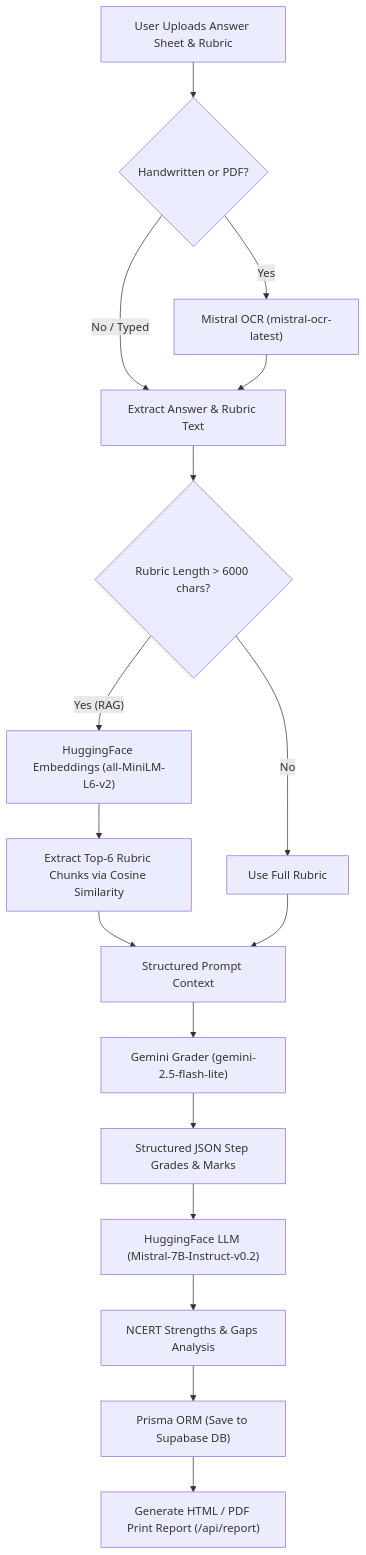
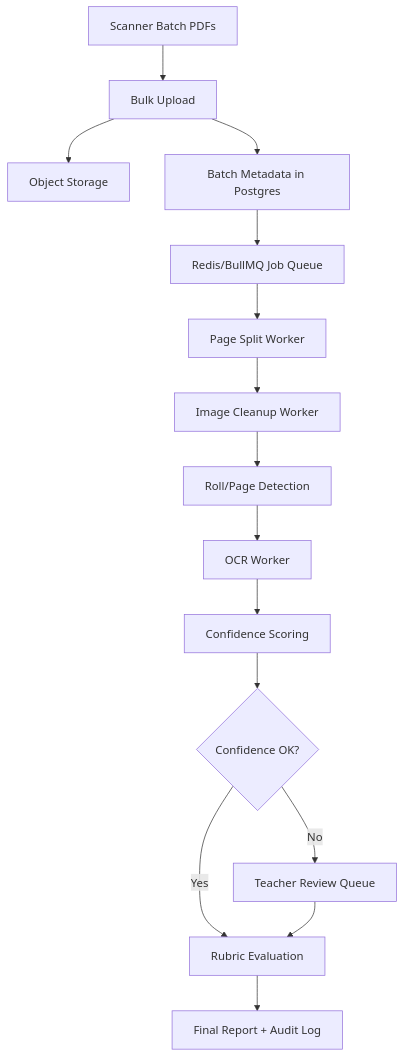
The diagram in README.md (DevSars24/PrepForge), drawn with Mermaid before and after one commit. The commit also changed other lines of this file, not shown here.

Commit message:
Document bulk evaluation system design

````diff
--- a/README.md
+++ b/README.md
@@ -11,23 +459,17 @@
 ```mermaid
 graph TD
-    A["User Uploads Answer Sheet & Rubric"] --> B{"Handwritten or PDF?"}
-    B -- Yes --> C["Mistral OCR (mistral-ocr-latest)"]
-    B -- No / Typed --> D["Extract Answer & Rubric Text"]
-    C --> D
-    
-    D --> E{"Rubric Length > 6000 chars?"}
-    E -- Yes (RAG) --> F["HuggingFace Embeddings (all-MiniLM-L6-v2)"]
-    F --> G["Extract Top-6 Rubric Chunks via Cosine Similarity"]
-    E -- No --> H["Use Full Rubric"]
-    G --> I["Structured Prompt Context"]
-    H --> I
-    
-    I --> J["Gemini Grader (gemini-2.5-flash-lite)"]
-    J --> K["Structured JSON Step Grades & Marks"]
-    
-    K --> L["HuggingFace LLM (Mistral-7B-Instruct-v0.2)"]
-    L --> M["NCERT Strengths & Gaps Analysis"]
-    
-    M --> N["Prisma ORM (Save to Supabase DB)"]
-    N --> O["Generate HTML / PDF Print Report (/api/report)"]
+    A["Scanner Batch PDFs"] --> B["Bulk Upload"]
+    B --> C["Object Storage"]
+    B --> D["Batch Metadata in Postgres"]
+    D --> E["Redis/BullMQ Job Queue"]
+    E --> F["Page Split Worker"]
+    F --> G["Image Cleanup Worker"]
+    G --> H["Roll/Page Detection"]
+    H --> I["OCR Worker"]
+    I --> J["Confidence Scoring"]
+    J --> K{"Confidence OK?"}
+    K -- Yes --> L["Rubric Evaluation"]
+    K -- No --> M["Teacher Review Queue"]
+    M --> L
+    L --> N["Final Report + Audit Log"]
 ```
````
